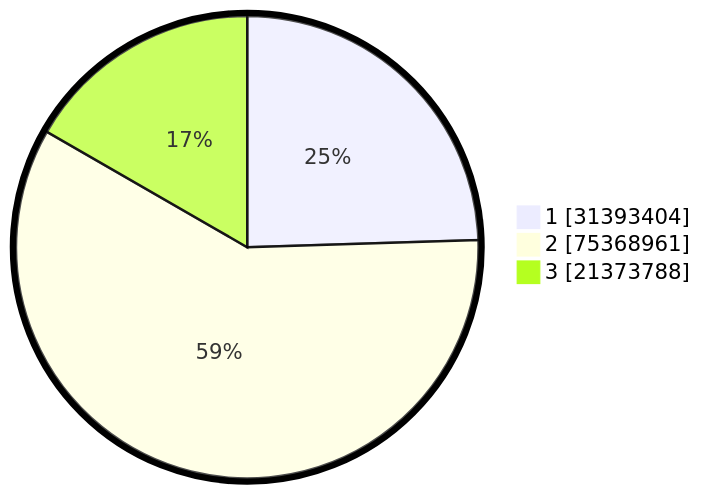
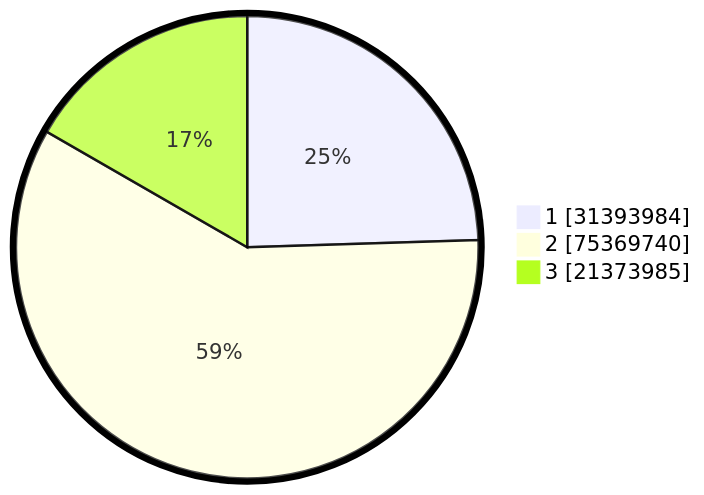
Before and after one commit to gigit-pemilu/pemilu-2024: the second of 2 diagrams in pilpres/hitung-suara/README.md, drawn with Mermaid. The commit also changed other lines of this file and 8 other files, not shown here.

````diff
--- a/pilpres/hitung-suara/README.md
+++ b/pilpres/hitung-suara/README.md
@@ -93,7 +93,7 @@
 ```mermaid
 %%{init: {"pie": {"textPosition": 0.5}, "themeVariables": {"pieOuterStrokeWidth": "5px"}} }%%
 pie showData
-    "1" : 31393404
-    "2" : 75368961
-    "3" : 21373788
+    "1" : 31393984
+    "2" : 75369740
+    "3" : 21373985
 ```
````
